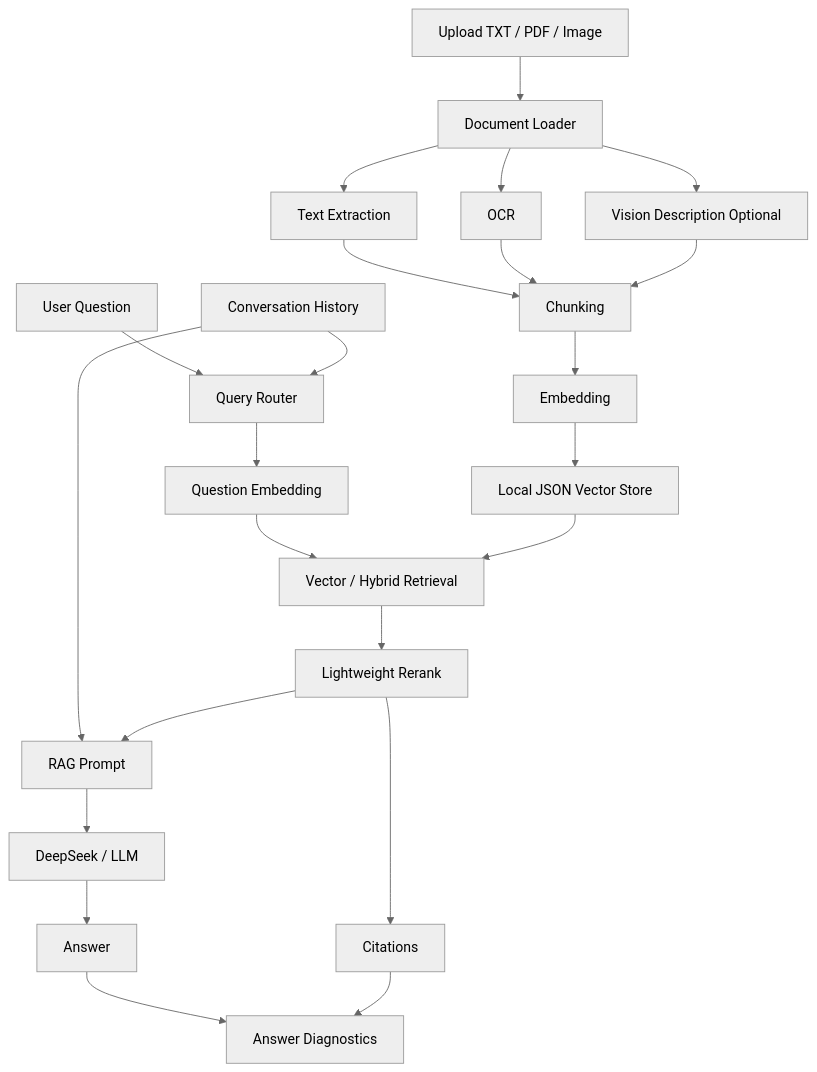
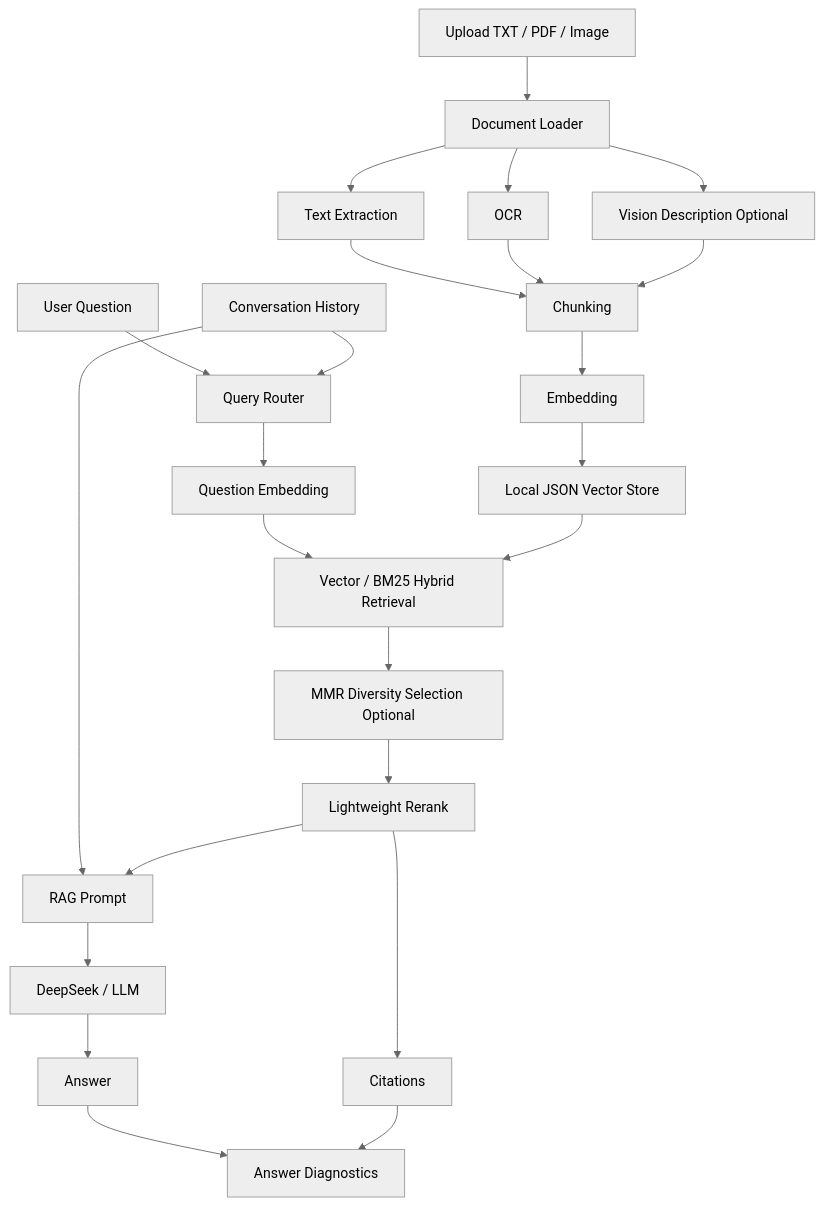
Before and after one commit to ljw826732773-png/multimodal-doc-rag: the diagram in docs/architecture.md, drawn with Mermaid (neutral theme). The commit also changed other lines of this file and 7 other files, not shown here.

Commit message:
Add BM25 and MMR retrieval

````diff
--- a/docs/architecture.md
+++ b/docs/architecture.md
@@ -50,25 +53,26 @@
 ```mermaid
 flowchart TD
     A["Upload TXT / PDF / Image"] --> B["Document Loader"]
     B --> C["Text Extraction"]
     B --> D["OCR"]
     B --> E["Vision Description Optional"]
     C --> F["Chunking"]
     D --> F
     E --> F
     F --> G["Embedding"]
     G --> H["Local JSON Vector Store"]
     I["User Question"] --> Q["Query Router"]
     Q --> J["Question Embedding"]
-    J --> K["Vector / Hybrid Retrieval"]
+    J --> K["Vector / BM25 Hybrid Retrieval"]
     H --> K
     S["Conversation History"] --> Q
     S --> M
-    K --> L["Lightweight Rerank"]
+    K --> D2["MMR Diversity Selection Optional"]
+    D2 --> L["Lightweight Rerank"]
     L --> M["RAG Prompt"]
     M --> N["DeepSeek / LLM"]
     N --> O["Answer"]
     L --> P["Citations"]
     O --> R["Answer Diagnostics"]
     P --> R
 ```
````
